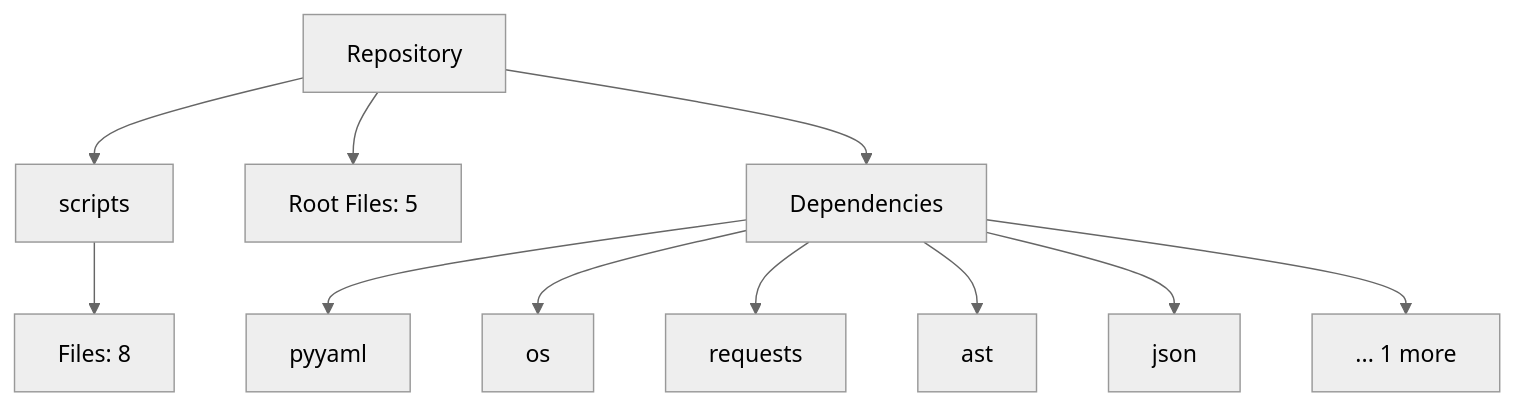
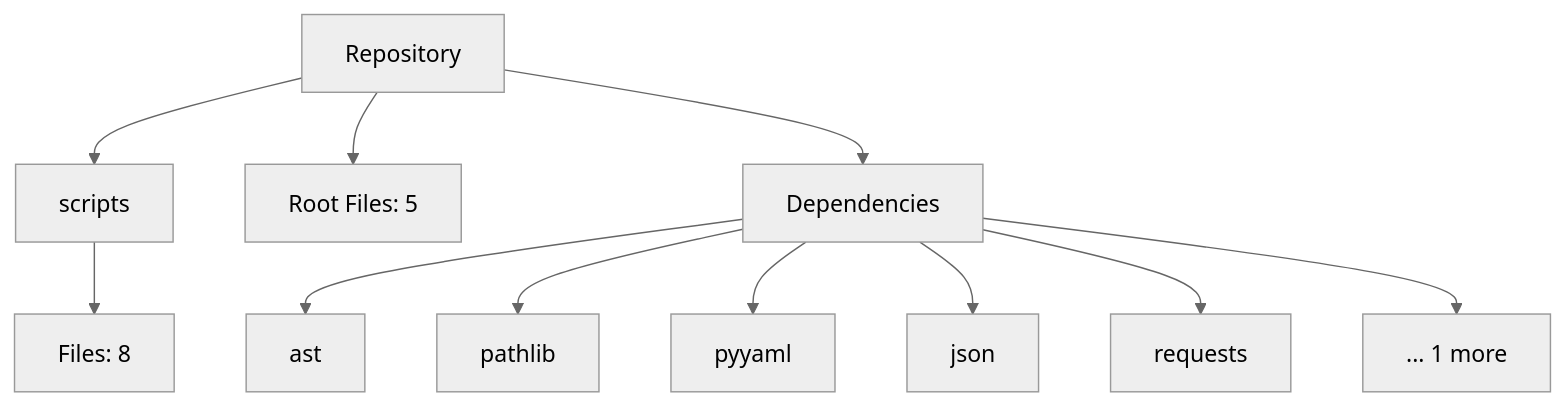
The diagram in README.md (NITISH-R-G/Smart-Task-Tracker-macOS-Dark-Edition-), drawn with Mermaid (neutral theme) before and after one commit. The commit also changed 4 other files, not shown here.

Commit message:
docs(auto): Automatically update repository architecture and README

````diff
--- a/README.md
+++ b/README.md
@@ -17,15 +17,15 @@
 ```mermaid
 graph TD
     Root[Repository]
     Root --> scripts[scripts]
     scripts --> scripts_files[Files: 8]
     Root --> Root_files[Root Files: 5]
     Root --> Deps[Dependencies]
+    Deps --> ast[ast]
+    Deps --> pathlib[pathlib]
     Deps --> pyyaml[pyyaml]
-    Deps --> os[os]
+    Deps --> json[json]
     Deps --> requests[requests]
-    Deps --> ast[ast]
-    Deps --> json[json]
     Deps --> MoreDeps[... 1 more]
 
 ```
````
